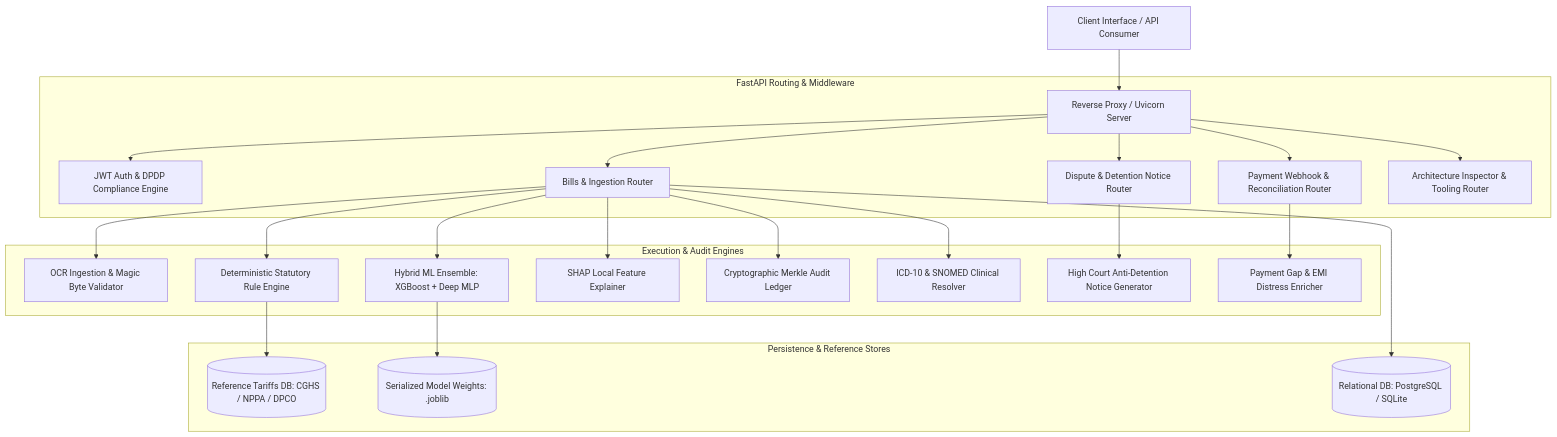
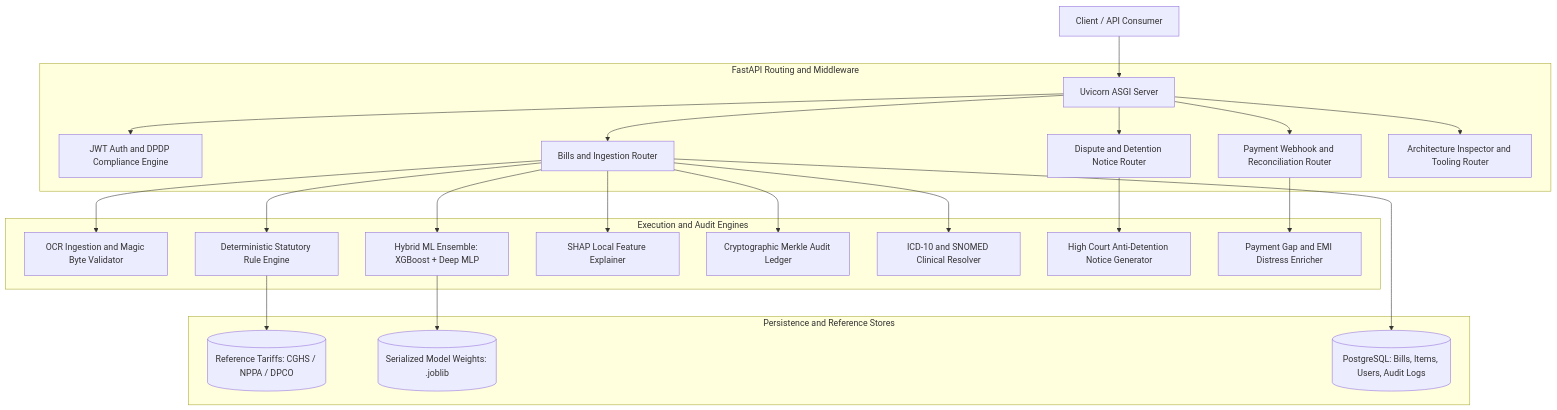
Before and after one commit to Harshil-18-byte/CuraVeris: the first of 6 diagrams in docs/ARCHITECTURE.md, drawn with Mermaid. The commit also changed other lines of this file, not shown here.

Commit message:
Rewrite ARCHITECTURE.md: stripped frontmatter, added feature definition table, math formulas, confidence threshold table, tamper detection explanation

````diff
--- a/docs/ARCHITECTURE.md
+++ b/docs/ARCHITECTURE.md
@@ -28,30 +23,29 @@
 ```mermaid
 graph TD
-    Client[Client Interface / API Consumer] --> Gateway[Reverse Proxy / Uvicorn Server]
+  Client[Client / API Consumer] --> Gateway[Uvicorn ASGI Server]
 
-    subgraph API_Layer [FastAPI Routing & Middleware]
-        Gateway --> AuthMiddleware[JWT Auth & DPDP Compliance Engine]
-        Gateway --> BillRouter[Bills & Ingestion Router]
-        Gateway --> ReportRouter[Dispute & Detention Notice Router]
-        Gateway --> PaymentRouter[Payment Webhook & Reconciliation Router]
-        Gateway --> DevRouter[Architecture Inspector & Tooling Router]
-    end
+  subgraph API_Layer [FastAPI Routing and Middleware]
+    Gateway --> AuthMiddleware[JWT Auth and DPDP Compliance Engine]
+    Gateway --> BillRouter[Bills and Ingestion Router]
+    Gateway --> ReportRouter[Dispute and Detention Notice Router]
+    Gateway --> PaymentRouter[Payment Webhook and Reconciliation Router]
+    Gateway --> DevRouter[Architecture Inspector and Tooling Router]
+  end
 
-    subgraph Service_Engine [Execution & Audit Engines]
-        BillRouter --> Extractor[OCR Ingestion & Magic Byte Validator]
-        BillRouter --> RiskEngine[Deterministic Statutory Rule Engine]
-        BillRouter --> EnsembleEngine[Hybrid ML Ensemble: XGBoost + Deep MLP]
-        BillRouter --> Explainer[SHAP Local Feature Explainer]
-        BillRouter --> MerkleEngine[Cryptographic Merkle Audit Ledger]
-        BillRouter --> ClinicalEngine[ICD-10 & SNOMED Clinical Resolver]
-        ReportRouter --> LegalEngine[High Court Anti-Detention Notice Generator]
-        PaymentRouter --> PaymentEnricher[Payment Gap & EMI Distress Enricher]
-    end
+  subgraph Service_Engine [Execution and Audit Engines]
+    BillRouter --> Extractor[OCR Ingestion and Magic Byte Validator]
+    BillRouter --> RiskEngine[Deterministic Statutory Rule Engine]
+    BillRouter --> EnsembleEngine[Hybrid ML Ensemble: XGBoost + Deep MLP]
+    BillRouter --> Explainer[SHAP Local Feature Explainer]
+    BillRouter --> MerkleEngine[Cryptographic Merkle Audit Ledger]
+    BillRouter --> ClinicalEngine[ICD-10 and SNOMED Clinical Resolver]
+    ReportRouter --> LegalEngine[High Court Anti-Detention Notice Generator]
+    PaymentRouter --> PaymentEnricher[Payment Gap and EMI Distress Enricher]
+  end
 
-    subgraph Storage_Layer [Persistence & Reference Stores]
-        RiskEngine --> SQLiteRef[(Reference Tariffs DB: CGHS / NPPA / DPCO)]
-        EnsembleEngine --> ModelWeights[(Serialized Model Weights: .joblib)]
-        BillRouter --> PostgresDB[(Relational DB: PostgreSQL / SQLite)]
-    end
-
+  subgraph Storage_Layer [Persistence and Reference Stores]
+    RiskEngine --> SQLiteRef[(Reference Tariffs: CGHS / NPPA / DPCO)]
+    EnsembleEngine --> ModelWeights[(Serialized Model Weights: .joblib)]
+    BillRouter --> PostgresDB[(PostgreSQL: Bills, Items, Users, Audit Logs)]
+  end
 ```
````
